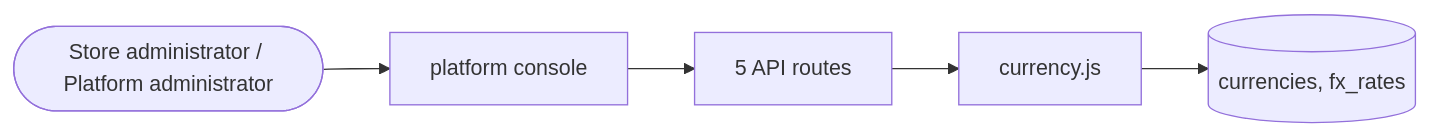
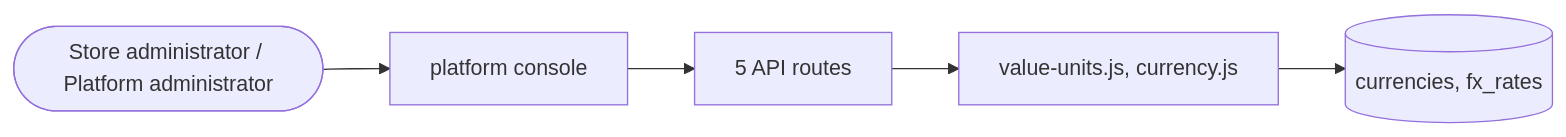
Before and after one commit to echelonxventures-Projects/universal-product: the diagram in docs/domains/currency.md, drawn with Mermaid. The commit also changed other lines of this file and 29 other files, not shown here.

````diff
--- a/docs/domains/currency.md
+++ b/docs/domains/currency.md
@@ -60,8 +61,8 @@
 ```mermaid
 flowchart LR
   U([Store administrator / Platform administrator]) --> UI[platform console]
   UI --> API[5 API routes]
-  API --> ENG[currency.js]
+  API --> ENG[value-units.js, currency.js]
   ENG --> DB[(currencies, fx_rates)]
 
 ```
````
